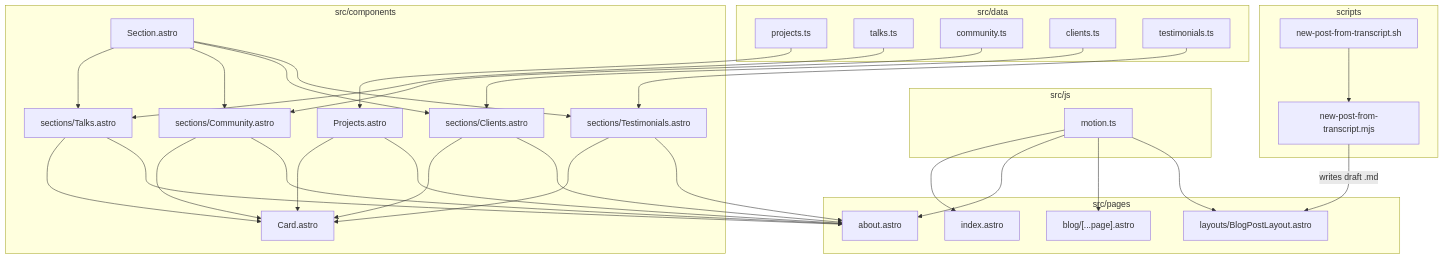
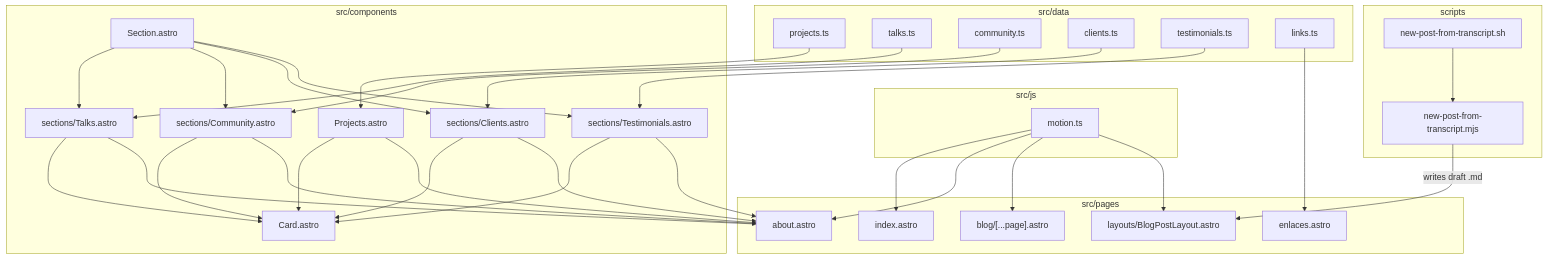
One commit to Djkde01/astro-blog changed the diagram in docs/portfolio-roadmap.md. Above: the diagram before and after it, drawn with Mermaid. The commit also changed other lines of this file, not shown here.

First line of the commit message:
docs(docs): add CI and link hub phases to the roadmap

````diff
--- a/docs/portfolio-roadmap.md
+++ b/docs/portfolio-roadmap.md
@@ -314,67 +380,70 @@
 ```mermaid
 flowchart TD
   subgraph data [src/data]
     projects[projects.ts]
     talks[talks.ts]
     community[community.ts]
     clients[clients.ts]
     testimonials[testimonials.ts]
+    links[links.ts]
   end
 
   subgraph components [src/components]
     Card[Card.astro]
     Section[Section.astro]
     SectionTalks[sections/Talks.astro]
     SectionCommunity[sections/Community.astro]
     SectionClients[sections/Clients.astro]
     SectionTestimonials[sections/Testimonials.astro]
     Projects[Projects.astro]
   end
 
   subgraph pages [src/pages]
     Index[index.astro]
     About[about.astro]
     BlogIndex["blog/[...page].astro"]
     PostLayout[layouts/BlogPostLayout.astro]
+    Enlaces[enlaces.astro]
   end
 
   subgraph motion [src/js]
     Motion[motion.ts]
   end
 
   subgraph tools [scripts]
     Shell[new-post-from-transcript.sh]
     Node[new-post-from-transcript.mjs]
   end
 
   projects --> Projects
   talks --> SectionTalks
   community --> SectionCommunity
   clients --> SectionClients
   testimonials --> SectionTestimonials
+  links --> Enlaces
 
   SectionTalks --> Card
   SectionCommunity --> Card
   SectionClients --> Card
   SectionTestimonials --> Card
   Projects --> Card
 
   Section --> SectionTalks
   Section --> SectionCommunity
   Section --> SectionClients
   Section --> SectionTestimonials
 
   SectionTalks --> About
   SectionCommunity --> About
   SectionClients --> About
   SectionTestimonials --> About
   Projects --> About
 
   Motion --> Index
   Motion --> About
   Motion --> BlogIndex
   Motion --> PostLayout
 
   Shell --> Node
   Node -->|"writes draft .md"| PostLayout
 ```
````
